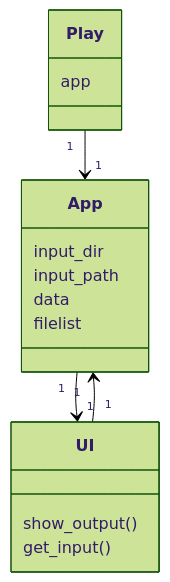
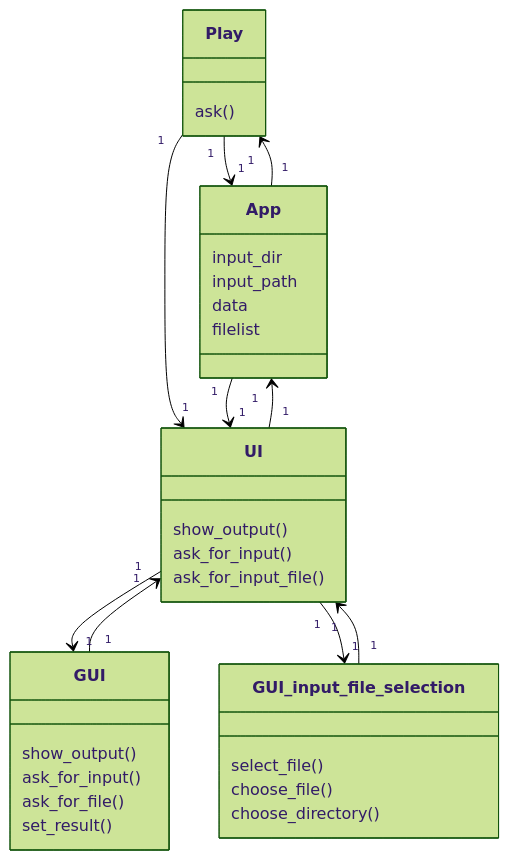
Before and after one commit to platipus82/ot-harjoitustyo: the diagram in dokumentaatio/arkkitehtuuri.MD, drawn with Mermaid (forest theme).

````diff
--- a/dokumentaatio/arkkitehtuuri.MD
+++ b/dokumentaatio/arkkitehtuuri.MD
@@ -1,21 +1,41 @@
 ```mermaid
 classDiagram
     Play "1" --> "1" App 
+    Play "1" --> "1" UI 
     App "1" --> "1" UI
+    App "1" --> "1" Play
     UI "1" --> "1" App
+    UI "1" --> "1" GUI
+    UI "1" --> "1" GUI_input_file_selection
+    GUI_input_file_selection "1" --> "1" UI
+    GUI "1" --> "1" UI
+    
     class App{
         input_dir
         input_path 
         data
         filelist
     }
     class Play{
-        app
+        ask()
     }
     class UI{
         show_output()
-        get_input()
+        ask_for_input()
+        ask_for_input_file()
     }
 
+    class GUI{
+        show_output()
+        ask_for_input()
+        ask_for_file()
+        set_result()
 
+    }
+    
+    class GUI_input_file_selection{
+        select_file()
+        choose_file()
+        choose_directory()
+    }    
 ```
````
